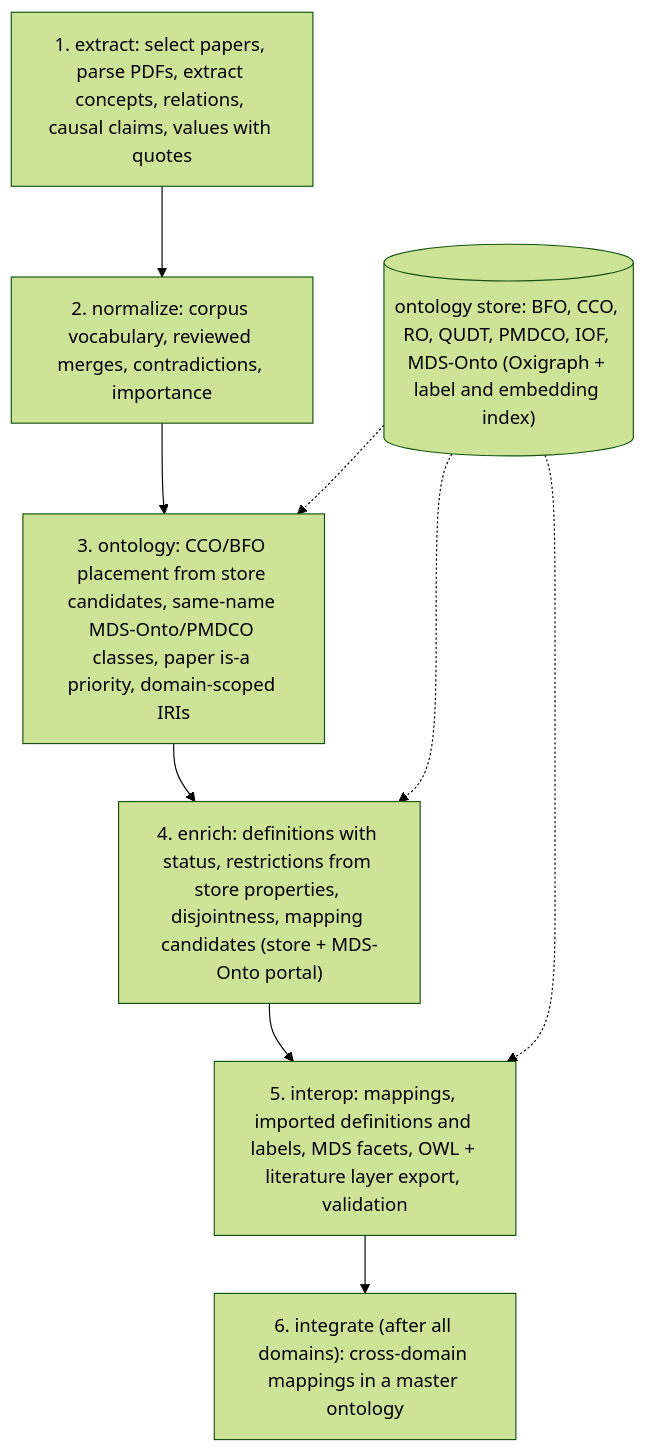
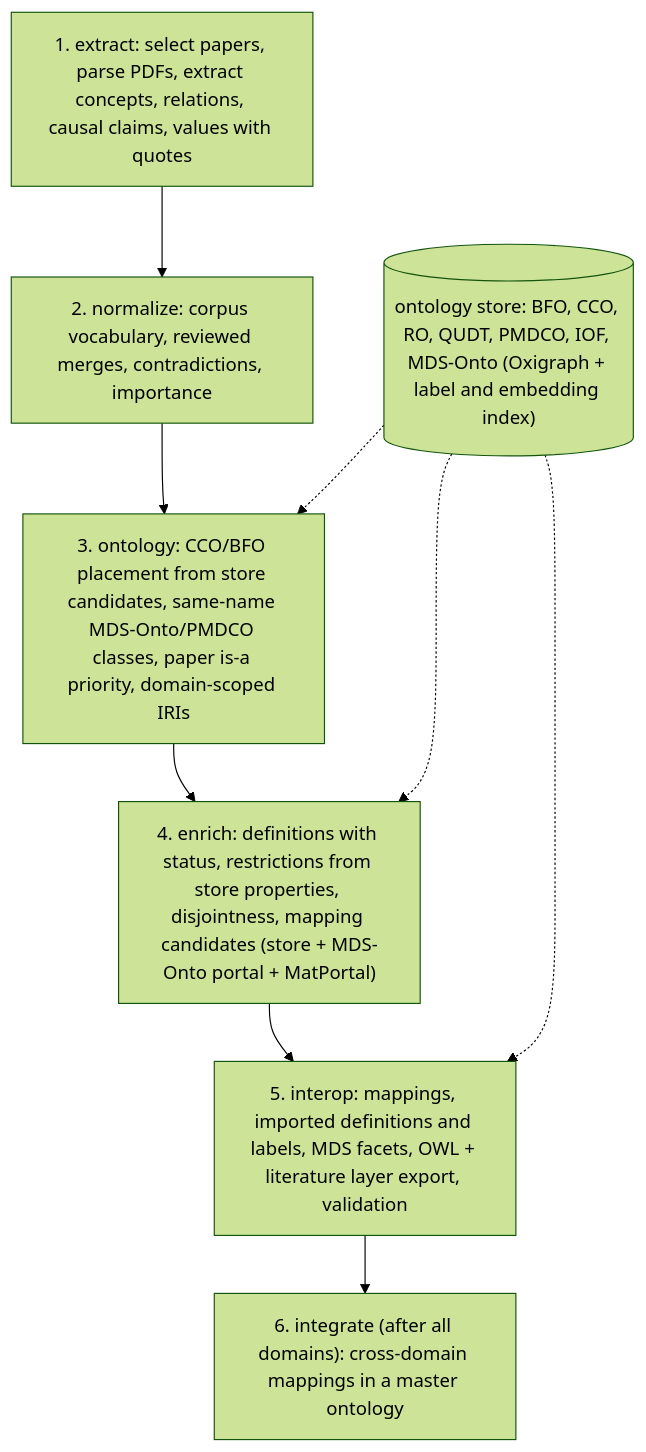
Before and after one commit to ucf-photovoltaics/knowledge_workflow: the diagram in README.md, drawn with Mermaid (forest theme). The commit also changed 8 other files, not shown here.

First line of the commit message:
Search MatPortal alongside the MDS-Onto portal, over all their ontologies

````diff
--- a/README.md
+++ b/README.md
@@ -7,12 +7,12 @@
 ```mermaid
 flowchart TD
     A["1. extract: select papers, parse PDFs, extract concepts, relations, causal claims, values with quotes"]
     B["2. normalize: corpus vocabulary, reviewed merges, contradictions, importance"]
     S[("ontology store: BFO, CCO, RO, QUDT, PMDCO, IOF, MDS-Onto (Oxigraph + label and embedding index)")]
     C["3. ontology: CCO/BFO placement from store candidates, same-name MDS-Onto/PMDCO classes, paper is-a priority, domain-scoped IRIs"]
-    D["4. enrich: definitions with status, restrictions from store properties, disjointness, mapping candidates (store + MDS-Onto portal)"]
+    D["4. enrich: definitions with status, restrictions from store properties, disjointness, mapping candidates (store + MDS-Onto portal + MatPortal)"]
     E["5. interop: mappings, imported definitions and labels, MDS facets, OWL + literature layer export, validation"]
     F["6. integrate (after all domains): cross-domain mappings in a master ontology"]
     A --> B --> C --> D --> E --> F
     S -.-> C & D & E
 ```
````
